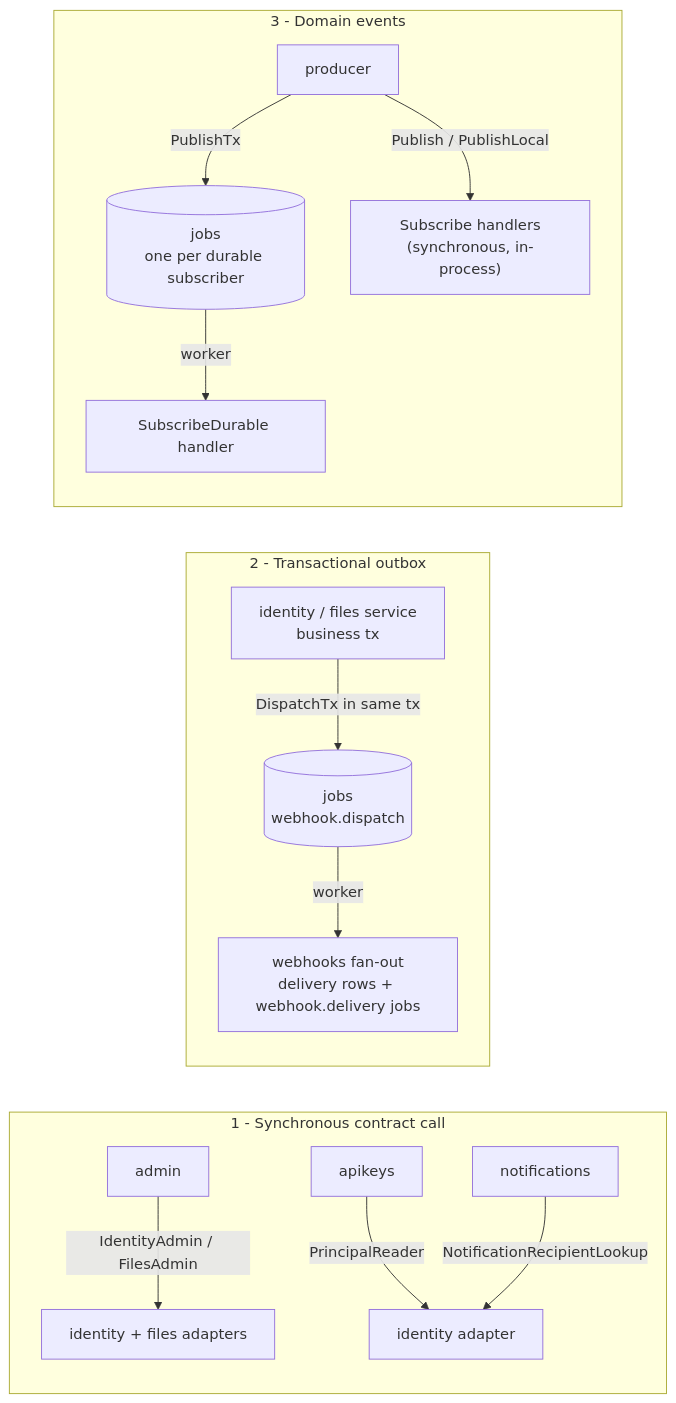
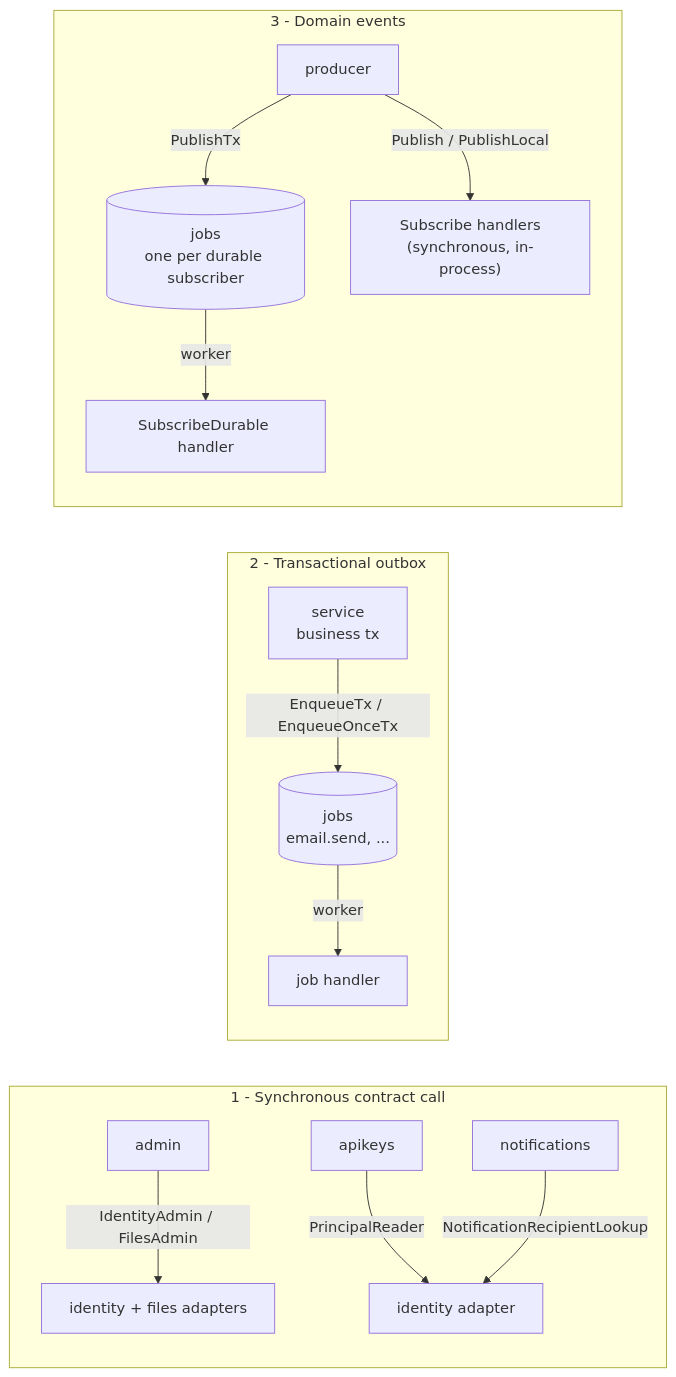
The third of 6 diagrams in docs/architecture.md (chuanghiduoc/fiber-golang-boilerplate), drawn with Mermaid before and after one commit. The commit also changed other lines of this file and 87 other files, not shown here.

````diff
--- a/docs/architecture.md
+++ b/docs/architecture.md
@@ -168,17 +168,17 @@
 ```mermaid
 flowchart LR
     subgraph sync["1 - Synchronous contract call"]
         adm[admin] -->|IdentityAdmin / FilesAdmin| ad1[identity + files adapters]
         ak[apikeys] -->|PrincipalReader| ad2[identity adapter]
         nt[notifications] -->|NotificationRecipientLookup| ad2
     end
     subgraph outbox["2 - Transactional outbox"]
-        prod["identity / files service<br/>business tx"] -->|DispatchTx in same tx| j1[("jobs<br/>webhook.dispatch")]
-        j1 -->|worker| wh["webhooks fan-out<br/>delivery rows + webhook.delivery jobs"]
+        svc["service<br/>business tx"] -->|EnqueueTx / EnqueueOnceTx| j1[("jobs<br/>email.send, ...")]
+        j1 -->|worker| h1["job handler"]
     end
     subgraph bus["3 - Domain events"]
         pub["producer"] -->|PublishTx| j2[("jobs<br/>one per durable subscriber")]
         pub -->|Publish / PublishLocal| loc["Subscribe handlers<br/>(synchronous, in-process)"]
         j2 -->|worker| dur["SubscribeDurable handler"]
     end
 ```
````
